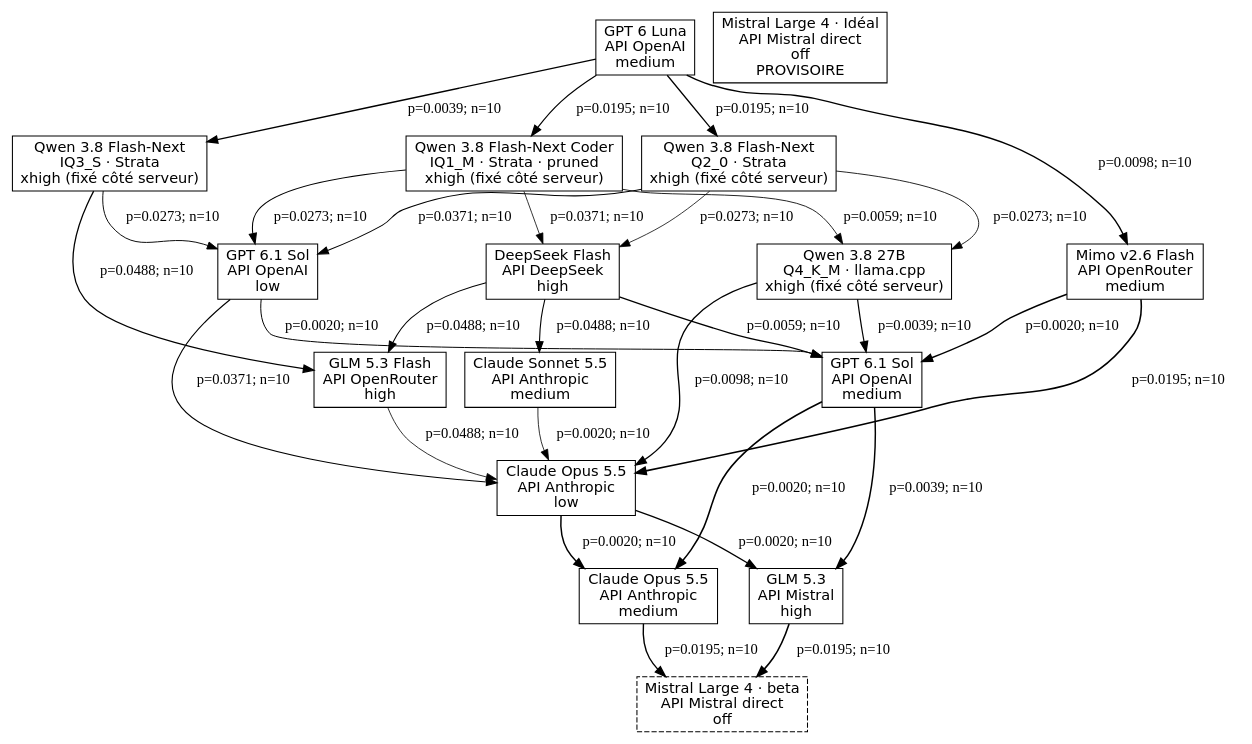
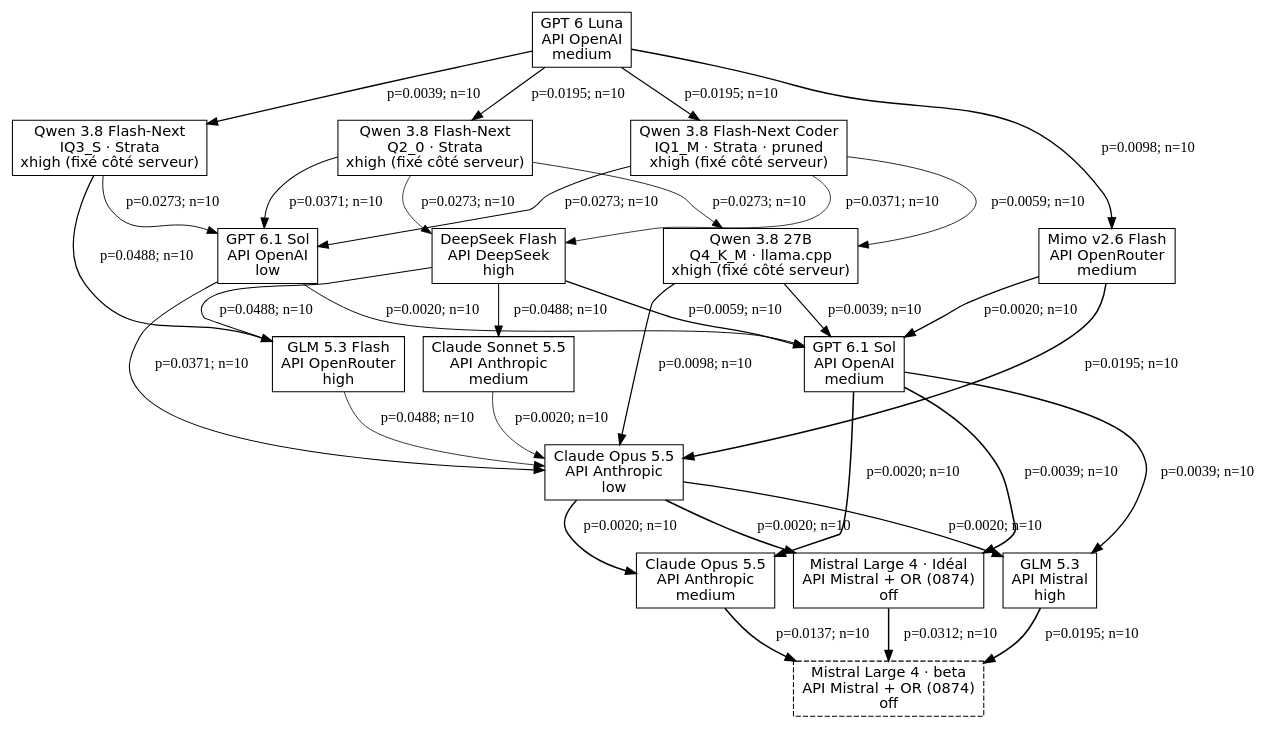
One commit to MinhHaDuong/ImperialDragonHarness changed the diagram in docs/tournament-graphs/cost_usd.dot. Above: the diagram before and after it, drawn with Graphviz. The commit also changed 16 other files, not shown here.

```diff
--- a/docs/tournament-graphs/cost_usd.dot
+++ b/docs/tournament-graphs/cost_usd.dot
@@ -1,49 +1,52 @@
 digraph G {
 rankdir=TB;
 node [shape=box, fontname="DejaVu Sans"];
 a [label="Qwen 3.8 27B\nQ4_K_M · llama.cpp\nxhigh (fixé côté serveur)"];
 b [label="Qwen 3.8 Flash-Next Coder\nIQ1_M · Strata · pruned\nxhigh (fixé côté serveur)"];
 b2 [label="Qwen 3.8 Flash-Next\nIQ3_S · Strata\nxhigh (fixé côté serveur)"];
 b3 [label="Qwen 3.8 Flash-Next\nQ2_0 · Strata\nxhigh (fixé côté serveur)"];
 d [label="Claude Opus 5.5\nAPI Anthropic\nmedium"];
 d2 [label="Claude Opus 5.5\nAPI Anthropic\nlow"];
 e2 [label="GPT 6.1 Sol\nAPI OpenAI\nlow"];
 e3 [label="GPT 6.1 Sol\nAPI OpenAI\nmedium"];
 f [label="GLM 5.3\nAPI Mistral\nhigh"];
 g [label="Claude Sonnet 5.5\nAPI Anthropic\nmedium"];
 i [label="DeepSeek Flash\nAPI DeepSeek\nhigh"];
 j [label="GLM 5.3 Flash\nAPI OpenRouter\nhigh"];
 k [label="Mimo v2.6 Flash\nAPI OpenRouter\nmedium"];
 l [label="GPT 6 Luna\nAPI OpenAI\nmedium"];
-mi [label="Mistral Large 4 · Idéal\nAPI Mistral direct\noff\nPROVISOIRE"];
-mr [label="Mistral Large 4 · beta\nAPI Mistral direct\noff", style="dashed"];
-a -> d2 [label="p=0.0098; n=10", penwidth=1.282];
-a -> e3 [label="p=0.0039; n=10", penwidth=1.157];
-b -> a [label="p=0.0059; n=10", penwidth=0.831];
-b -> e2 [label="p=0.0273; n=10", penwidth=1.035];
-b -> i [label="p=0.0371; n=10", penwidth=0.758];
-b2 -> e2 [label="p=0.0273; n=10", penwidth=0.911];
-b2 -> j [label="p=0.0488; n=10", penwidth=1.224];
-b3 -> a [label="p=0.0273; n=10", penwidth=0.825];
-b3 -> e2 [label="p=0.0371; n=10", penwidth=1.029];
-b3 -> i [label="p=0.0273; n=10", penwidth=0.752];
-d -> mr [label="p=0.0195; n=10", penwidth=1.352];
-d2 -> d [label="p=0.0020; n=10", penwidth=1.422];
-d2 -> f [label="p=0.0020; n=10", penwidth=1.270];
-e2 -> d2 [label="p=0.0371; n=10", penwidth=1.079];
-e2 -> e3 [label="p=0.0020; n=10", penwidth=0.953];
-e3 -> d [label="p=0.0020; n=10", penwidth=1.500];
-e3 -> f [label="p=0.0039; n=10", penwidth=1.396];
+mi [label="Mistral Large 4 · Idéal\nAPI Mistral + OR (0874)\noff"];
+mr [label="Mistral Large 4 · beta\nAPI Mistral + OR (0874)\noff", style="dashed"];
+a -> d2 [label="p=0.0098; n=10", penwidth=1.214];
+a -> e3 [label="p=0.0039; n=10", penwidth=1.099];
+b -> a [label="p=0.0059; n=10", penwidth=0.800];
+b -> e2 [label="p=0.0273; n=10", penwidth=0.987];
+b -> i [label="p=0.0371; n=10", penwidth=0.733];
+b2 -> e2 [label="p=0.0273; n=10", penwidth=0.873];
+b2 -> j [label="p=0.0488; n=10", penwidth=1.161];
+b3 -> a [label="p=0.0273; n=10", penwidth=0.794];
+b3 -> e2 [label="p=0.0371; n=10", penwidth=0.981];
+b3 -> i [label="p=0.0273; n=10", penwidth=0.727];
+d -> mr [label="p=0.0137; n=10", penwidth=1.469];
+d2 -> d [label="p=0.0020; n=10", penwidth=1.342];
+d2 -> f [label="p=0.0020; n=10", penwidth=1.203];
+d2 -> mi [label="p=0.0020; n=10", penwidth=1.422];
+e2 -> d2 [label="p=0.0371; n=10", penwidth=1.027];
+e2 -> e3 [label="p=0.0020; n=10", penwidth=0.912];
+e3 -> d [label="p=0.0020; n=10", penwidth=1.457];
+e3 -> f [label="p=0.0039; n=10", penwidth=1.318];
+e3 -> mi [label="p=0.0039; n=10", penwidth=1.500];
 f -> mr [label="p=0.0195; n=10", penwidth=1.500];
-g -> d2 [label="p=0.0020; n=10", penwidth=0.770];
-i -> e3 [label="p=0.0059; n=10", penwidth=1.230];
-i -> g [label="p=0.0488; n=10", penwidth=1.036];
-i -> j [label="p=0.0488; n=10", penwidth=1.040];
-j -> d2 [label="p=0.0488; n=10", penwidth=0.766];
-k -> d2 [label="p=0.0195; n=10", penwidth=1.494];
-k -> e3 [label="p=0.0020; n=10", penwidth=1.369];
-l -> b [label="p=0.0195; n=10", penwidth=1.182];
-l -> b2 [label="p=0.0039; n=10", penwidth=1.306];
-l -> b3 [label="p=0.0195; n=10", penwidth=1.188];
-l -> k [label="p=0.0098; n=10", penwidth=1.351];
+g -> d2 [label="p=0.0020; n=10", penwidth=0.743];
+i -> e3 [label="p=0.0059; n=10", penwidth=1.166];
+i -> g [label="p=0.0488; n=10", penwidth=0.988];
+i -> j [label="p=0.0488; n=10", penwidth=0.991];
+j -> d2 [label="p=0.0488; n=10", penwidth=0.740];
+k -> d2 [label="p=0.0195; n=10", penwidth=1.408];
+k -> e3 [label="p=0.0020; n=10", penwidth=1.293];
+l -> b [label="p=0.0195; n=10", penwidth=1.122];
+l -> b2 [label="p=0.0039; n=10", penwidth=1.235];
+l -> b3 [label="p=0.0195; n=10", penwidth=1.127];
+l -> k [label="p=0.0098; n=10", penwidth=1.277];
+mi -> mr [label="p=0.0312; n=10", penwidth=1.389];
 }
```
